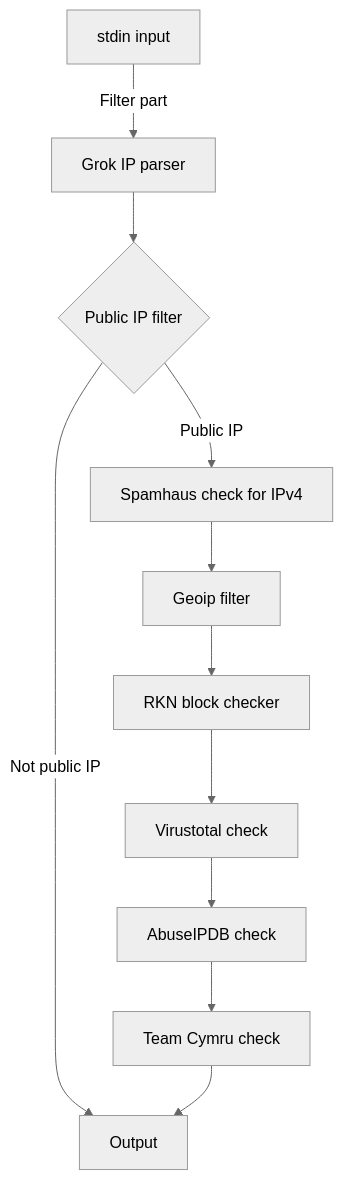
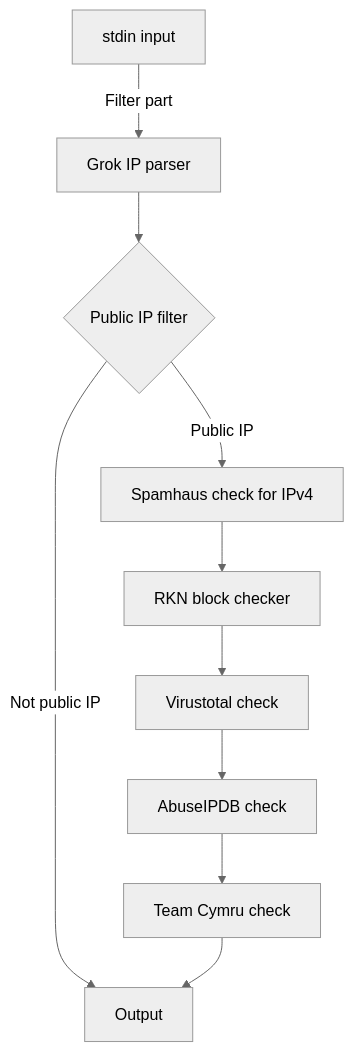
Before and after one commit to summergaga/diplom: the diagram in README.md, drawn with Mermaid (neutral theme).

Commit message:
Удален geoip из-за дублирования

````diff
--- a/README.md
+++ b/README.md
@@ -11,13 +11,12 @@
 ```mermaid
 graph TD;
     A[stdin input] -->|Filter part| B[Grok IP parser];
     B --> C{Public IP filter};
-    C --> |Not public IP| J[Output];
+    C --> |Not public IP| I[Output];
     C --> |Public IP| D[Spamhaus check for IPv4];
-    D --> E[Geoip filter];
-    E --> F[RKN block checker];
-    F --> G[Virustotal check];
-    G --> H[AbuseIPDB check];
-    H --> I[Team Cymru check];
-    I --> J;
+    D --> E[RKN block checker];
+    E --> F[Virustotal check];
+    F --> G[AbuseIPDB check];
+    G --> H[Team Cymru check];
+    H --> I;
 ```
````
